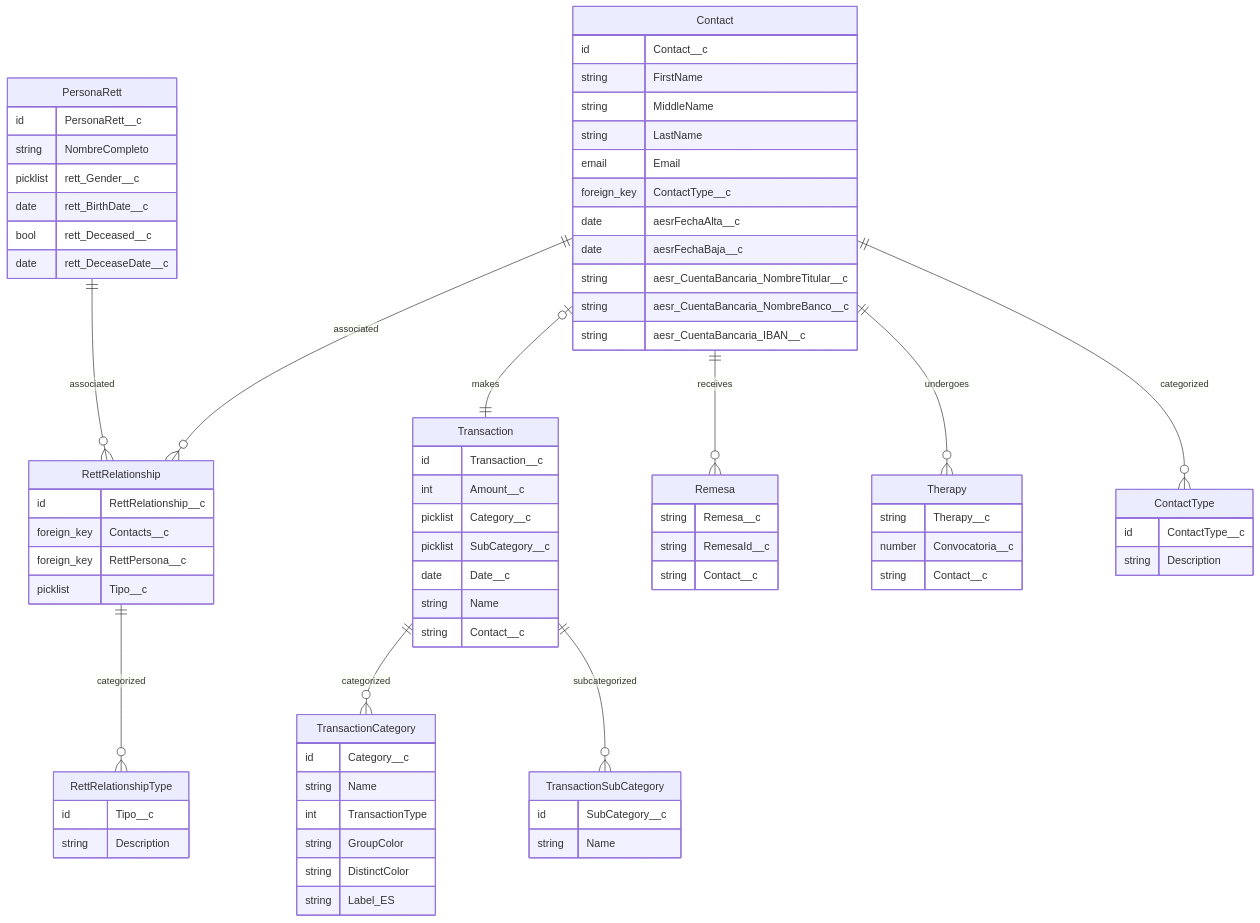
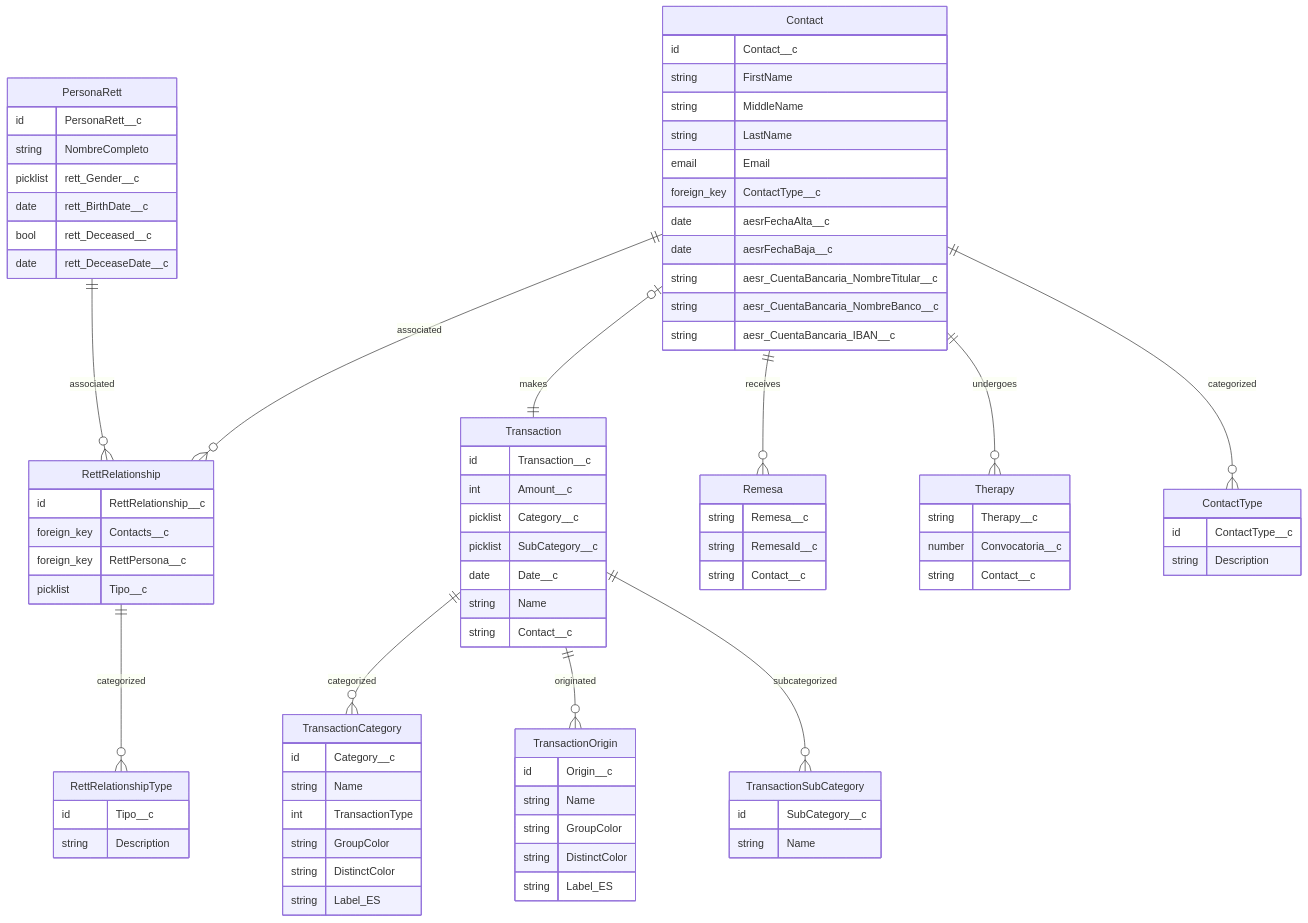
Before and after one commit to rett-spain/ngo-finance: the diagram in docs/dbmodel.md, drawn with Mermaid.

Commit message:
Updated db model

````diff
--- a/docs/dbmodel.md
+++ b/docs/dbmodel.md
@@ -13,6 +13,7 @@
     Contact ||--o{ ContactType : categorized
     RettRelationship ||--o{ RettRelationshipType : categorized
     Transaction ||--o{ TransactionCategory : categorized
+    Transaction ||--o{ TransactionOrigin : originated
     Transaction ||--o{ TransactionSubCategory : subcategorized
 
     Contact {
@@ -91,5 +92,13 @@
         string Name
     }
 
+    TransactionOrigin {
+        id Origin__c
+        string Name
+        string GroupColor
+        string DistinctColor
+        string Label_ES
+    }
+
 
 ```
````
